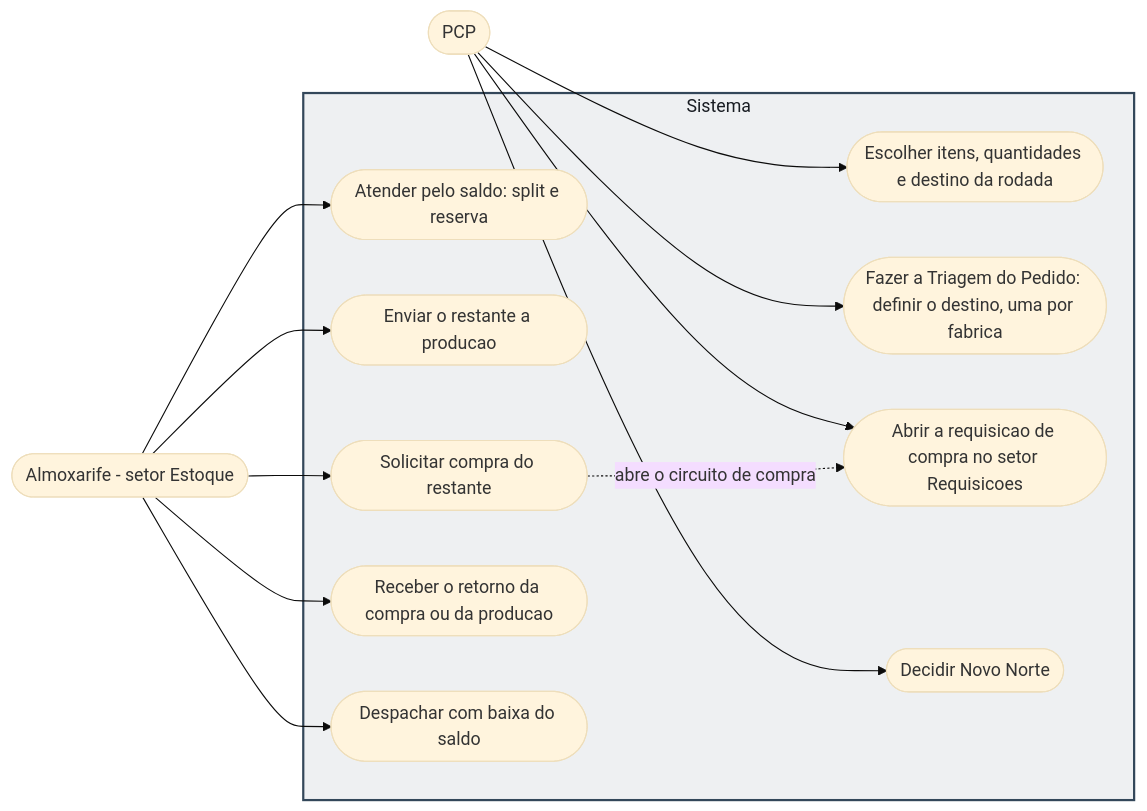
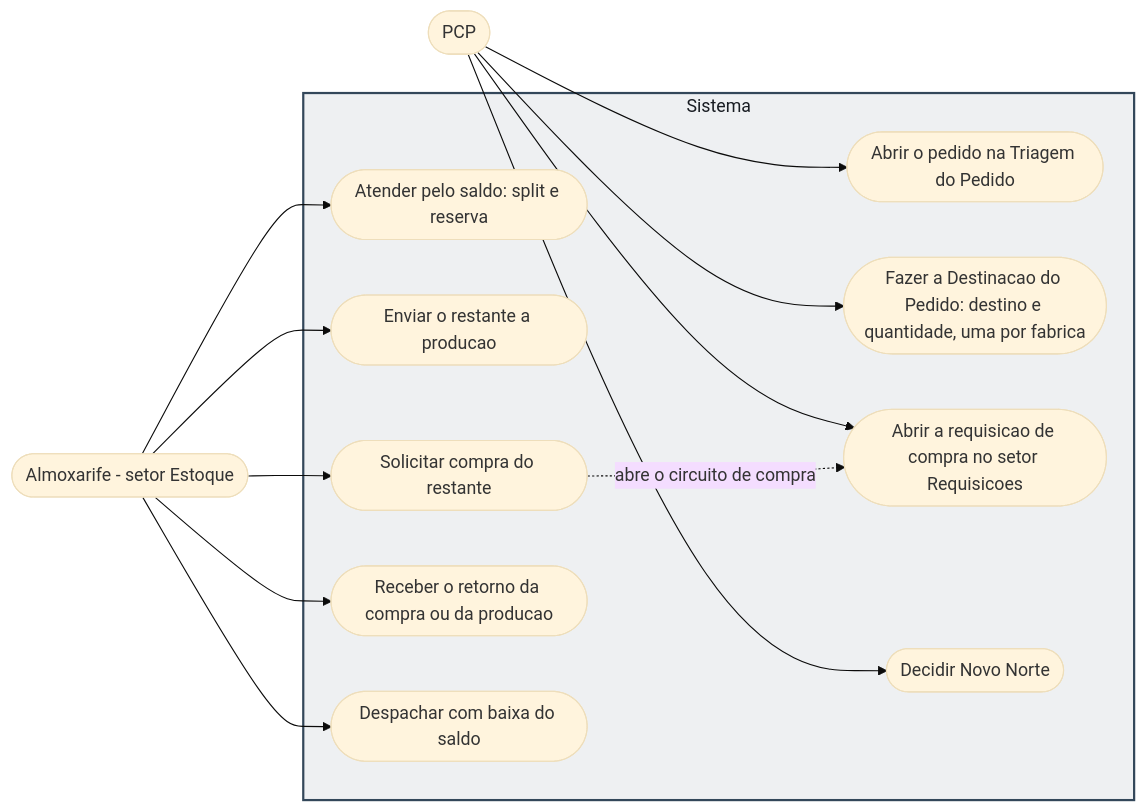
One commit to Acosvital/vault-avhub-mer changed the seventh of 31 diagrams in 04-Arquitetura-Transversal/Diagramas-UML.md. Above: the diagram before and after it, drawn with Mermaid (base theme). The commit also changed other lines of this file and 13 other files, not shown here.

First line of the commit message:
docs(vault): Triagem e Destinacao do Pedido; levantamento PCP legado x MES do Robert (29 lacunas)

````diff
--- a/04-Arquitetura-Transversal/Diagramas-UML.md
+++ b/04-Arquitetura-Transversal/Diagramas-UML.md
@@ -724,28 +724,28 @@
 ```mermaid
 flowchart LR
     PCP(["PCP"])
     ALM(["Almoxarife - setor Estoque"])
     subgraph SISTEMA[Sistema]
-        UC4([Escolher itens, quantidades e destino da rodada])
-        UC5([Fazer a Triagem do Pedido: definir o destino, uma por fabrica])
+        UC4([Abrir o pedido na Triagem do Pedido])
+        UC5([Fazer a Destinacao do Pedido: destino e quantidade, uma por fabrica])
         UC10([Abrir a requisicao de compra no setor Requisicoes])
         UC8([Decidir Novo Norte])
         UC6([Atender pelo saldo: split e reserva])
         UC7([Enviar o restante a producao])
         UC11([Solicitar compra do restante])
         UC9([Receber o retorno da compra ou da producao])
         UC12([Despachar com baixa do saldo])
     end
     PCP --> UC4
     PCP --> UC5
     PCP --> UC10
     PCP --> UC8
     ALM --> UC6
     ALM --> UC7
     ALM --> UC11
     ALM --> UC9
     ALM --> UC12
     UC11 -.->|abre o circuito de compra| UC10
 
     style SISTEMA fill:#eef0f2,stroke:#33475a,stroke-width:2px,color:#181c22
 ```
````
